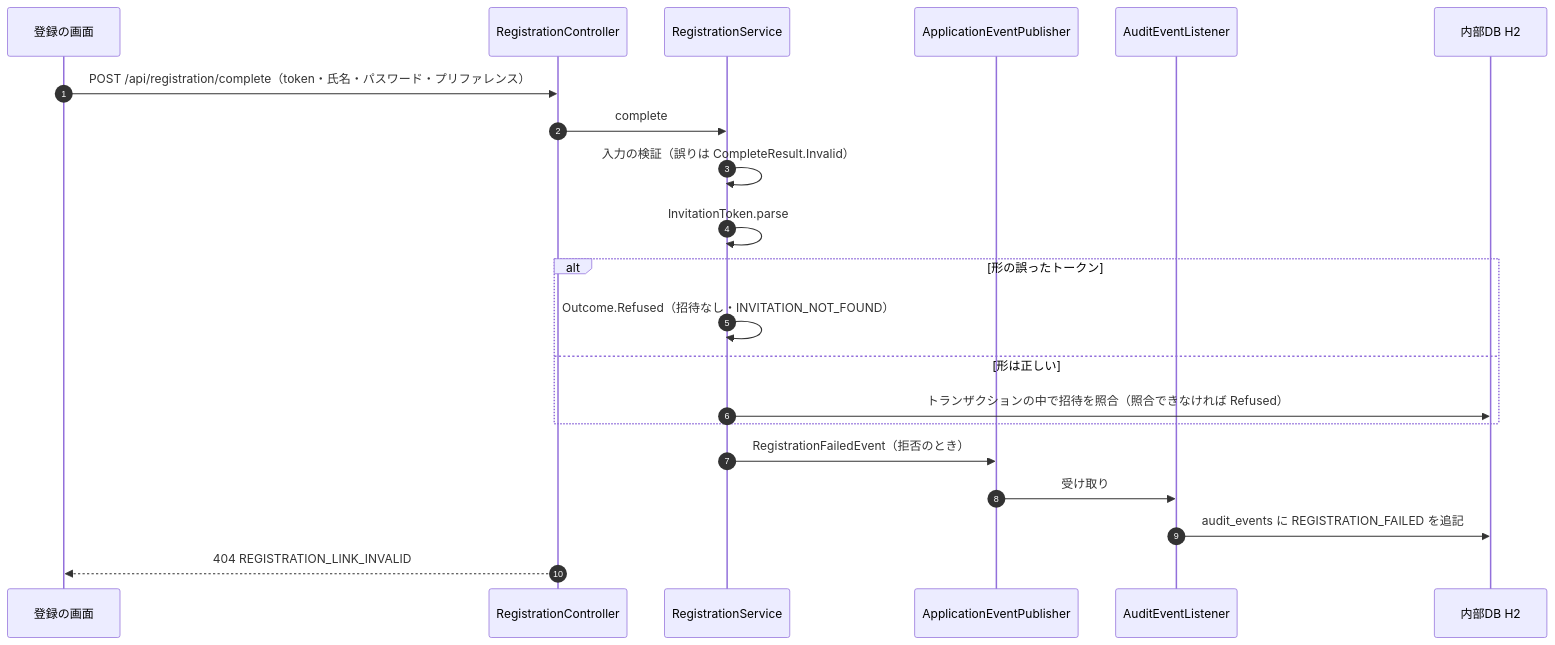
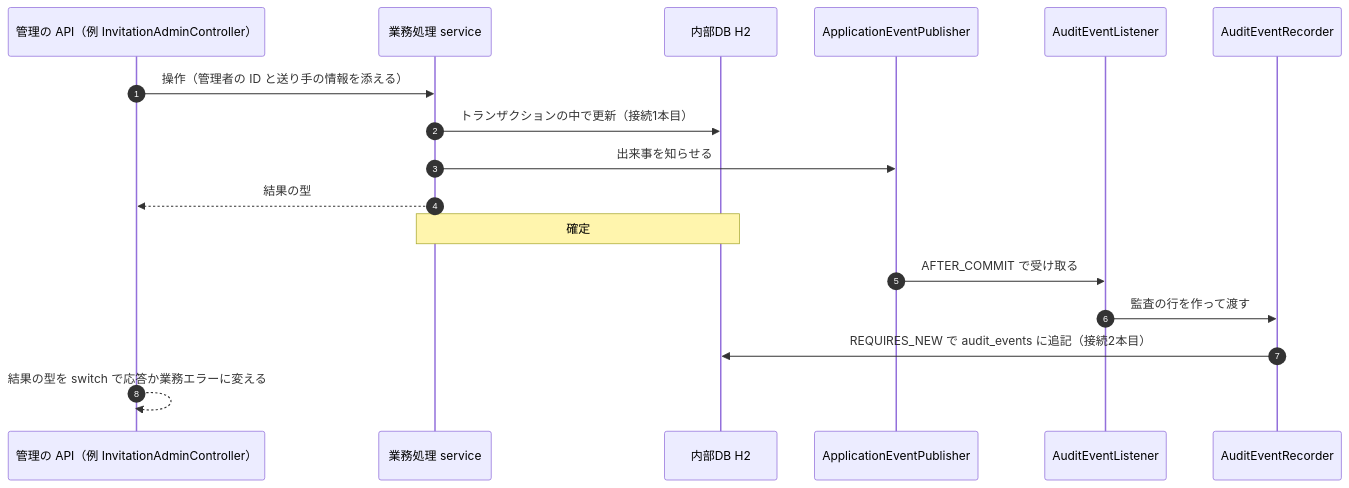
One commit to agwlvssainokuni/mastersmith2 changed the fourth of 5 diagrams in aidlc/spaces/default/codekb/mastersmith2/architecture.md. Above: the diagram before and after it, drawn with Mermaid. The commit also changed other lines of this file and 14 other files, not shown here.

````diff
--- a/aidlc/spaces/default/codekb/mastersmith2/architecture.md
+++ b/aidlc/spaces/default/codekb/mastersmith2/architecture.md
@@ -142,24 +208,20 @@
 ```mermaid
 sequenceDiagram
   autonumber
-  participant P as 登録の画面
-  participant RC as RegistrationController
-  participant RS as RegistrationService
+  participant C as 管理の API（例 InvitationAdminController）
+  participant S as 業務処理 service
+  participant DB as 内部DB H2
   participant EP as ApplicationEventPublisher
   participant AL as AuditEventListener
-  participant DB as 内部DB H2
+  participant AR as AuditEventRecorder
 
-  P->>RC: POST /api/registration/complete（token・氏名・パスワード・プリファレンス）
-  RC->>RS: complete
-  RS->>RS: 入力の検証（誤りは CompleteResult.Invalid）
-  RS->>RS: InvitationToken.parse
-  alt 形の誤ったトークン
-    RS->>RS: Outcome.Refused（招待なし・INVITATION_NOT_FOUND）
-  else 形は正しい
-    RS->>DB: トランザクションの中で招待を照合（照合できなければ Refused）
-  end
-  RS->>EP: RegistrationFailedEvent（拒否のとき）
-  EP->>AL: 受け取り
-  AL->>DB: audit_events に REGISTRATION_FAILED を追記
-  RC-->>P: 404 REGISTRATION_LINK_INVALID
+  C->>S: 操作（管理者の ID と送り手の情報を添える）
+  S->>DB: トランザクションの中で更新（接続1本目）
+  S->>EP: 出来事を知らせる
+  S-->>C: 結果の型
+  Note over S,DB: 確定
+  EP->>AL: AFTER_COMMIT で受け取る
+  AL->>AR: 監査の行を作って渡す
+  AR->>DB: REQUIRES_NEW で audit_events に追記（接続2本目）
+  C-->>C: 結果の型を switch で応答か業務エラーに変える
 ```
````
